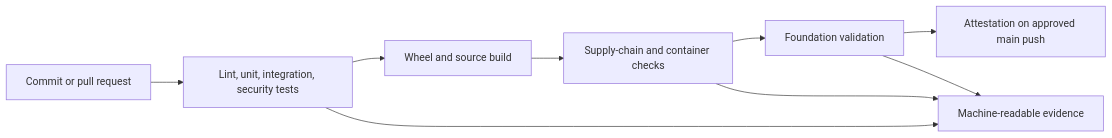
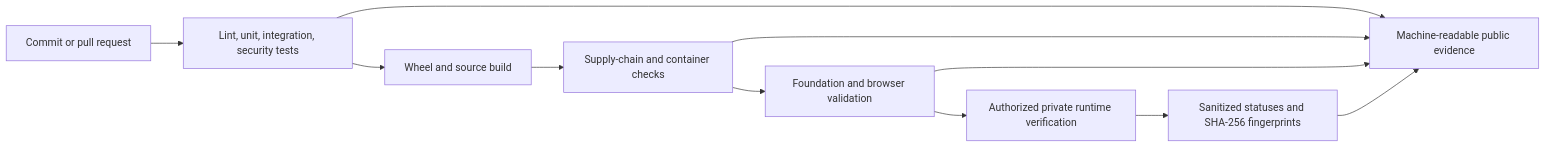
The sixth of 6 diagrams in README.md (Runndownn/Wilson-Eval3ngine-), drawn with Mermaid before and after one commit. The commit also changed other lines of this file, not shown here.

Commit message:
docs(readme): deliver enterprise architecture and evidence guide

````diff
--- a/README.md
+++ b/README.md
@@ -68,11 +190,13 @@
 ```mermaid
 flowchart LR
     PR[Commit or pull request] --> Q[Lint, unit, integration, security tests]
     Q --> B[Wheel and source build]
     B --> S[Supply-chain and container checks]
-    S --> V[Foundation validation]
-    V --> AT[Attestation on approved main push]
-    Q --> EV[Machine-readable evidence]
+    S --> V[Foundation and browser validation]
+    V --> RT[Authorized private runtime verification]
+    Q --> EV[Machine-readable public evidence]
     S --> EV
     V --> EV
+    RT --> FP[Sanitized statuses and SHA-256 fingerprints]
+    FP --> EV
 ```
````
